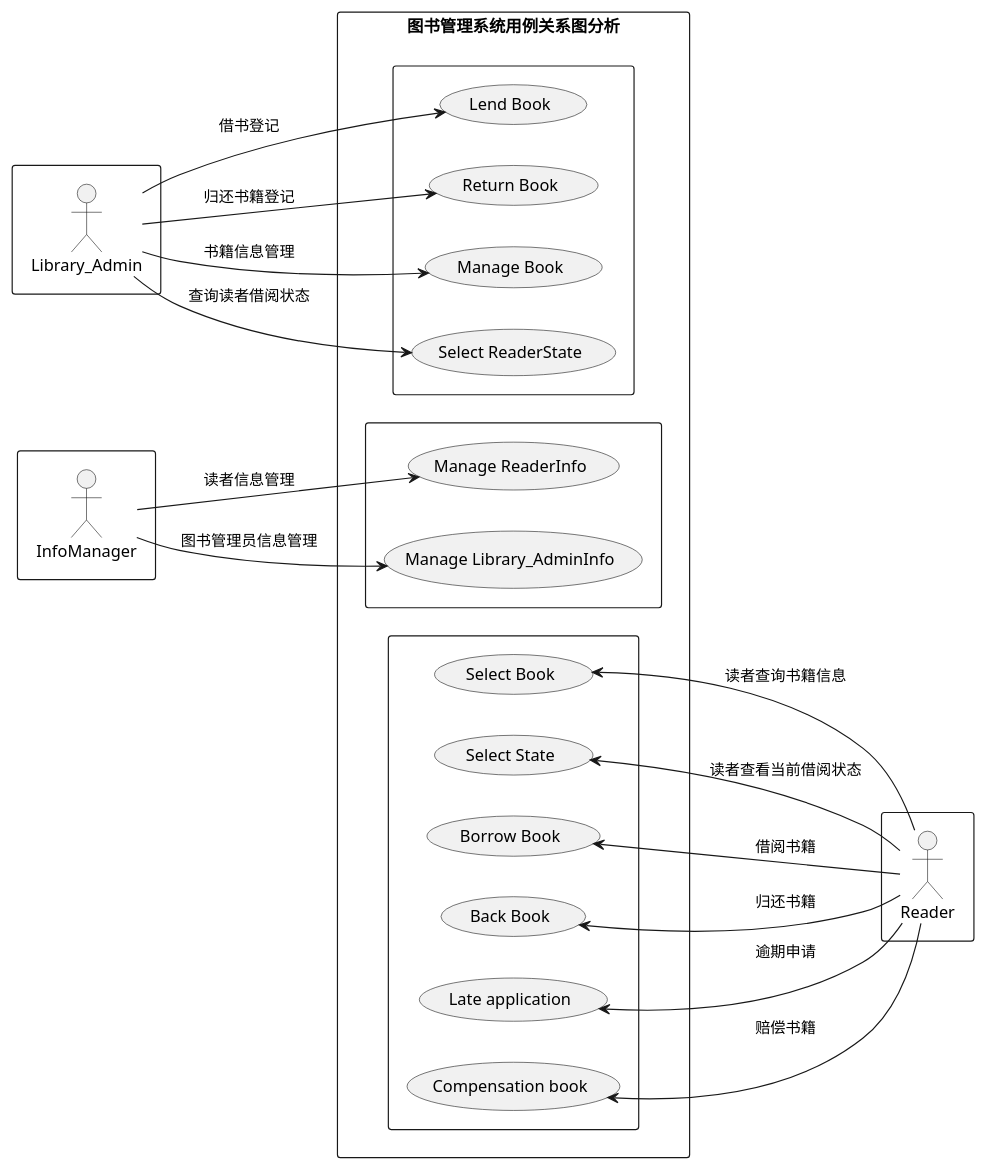
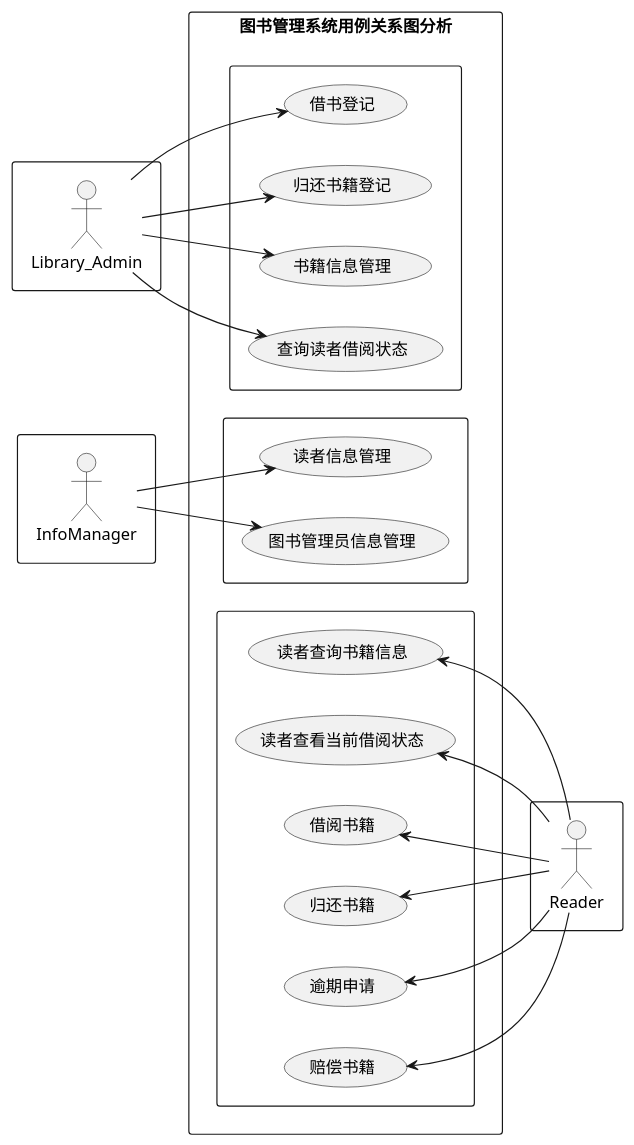
Before and after one commit to z915287285/is_analysis: the diagram in test2/usercase.puml, drawn with PlantUML. The commit also changed 1 other file, not shown here.

```diff
--- a/test2/usercase.puml
+++ b/test2/usercase.puml
@@ -1,34 +1,34 @@
 @startuml
 left to right direction
 skinparam packageStyle rectangle
 rectangle {
 actor Library_Admin
 }
 rectangle {
 actor InfoManager
 }
 rectangle {
 actor Reader
 }
 rectangle 图书管理系统用例关系图分析{
 rectangle {
-Library_Admin ->(Lend Book):借书登记
-Library_Admin -->(Return Book):归还书籍登记
-Library_Admin -->(Manage Book):书籍信息管理
-Library_Admin -->(Select ReaderState):查询读者借阅状态
+Library_Admin ->(借书登记)
+Library_Admin -->(归还书籍登记)
+Library_Admin -->(书籍信息管理)
+Library_Admin -->(查询读者借阅状态)
 }
 rectangle {
-InfoManager -->(Manage ReaderInfo):读者信息管理
-InfoManager -->(Manage Library_AdminInfo):图书管理员信息管理
+InfoManager -->(读者信息管理)
+InfoManager -->(图书管理员信息管理)
 }
 rectangle {
-(Select Book)<-- Reader:读者查询书籍信息
-(Select State)<-- Reader:读者查看当前借阅状态
-(Borrow Book)<-- Reader:借阅书籍
-(Back Book)<-- Reader:归还书籍
-(Late application)<-- Reader:逾期申请
-(Compensation book)<--Reader:赔偿书籍
+(读者查询书籍信息)<-- Reader
+(读者查看当前借阅状态)<-- Reader
+(借阅书籍)<-- Reader
+(归还书籍)<-- Reader
+(逾期申请)<-- Reader
+(赔偿书籍)<--Reader
 }
 }
 
 @enduml
```
